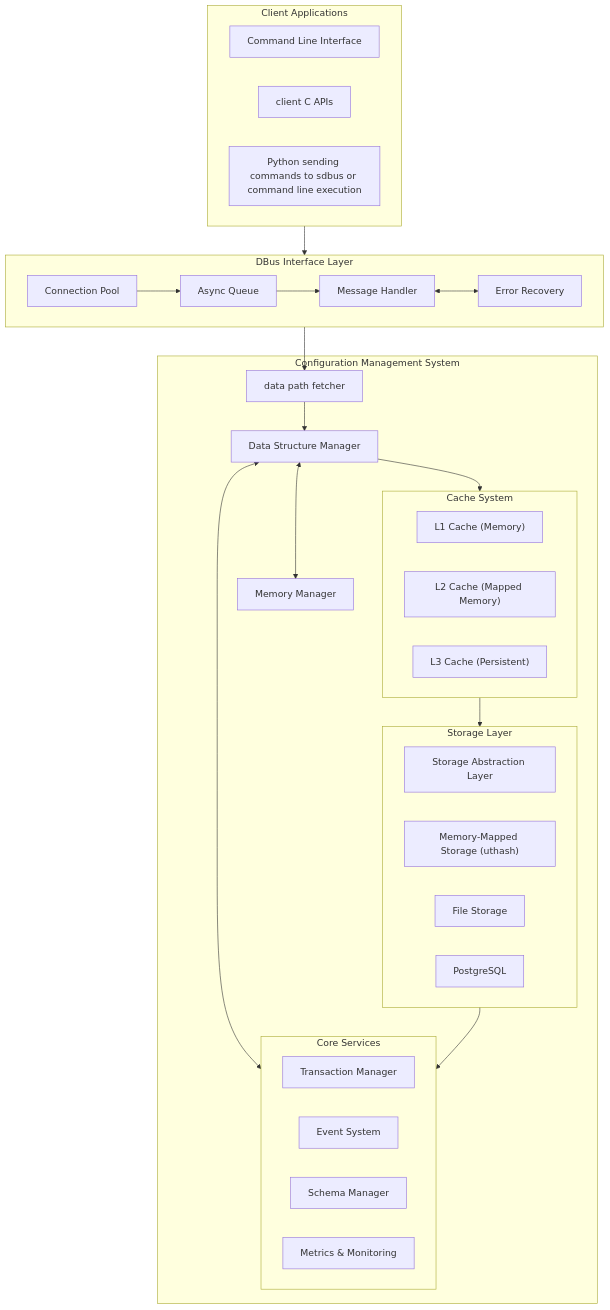
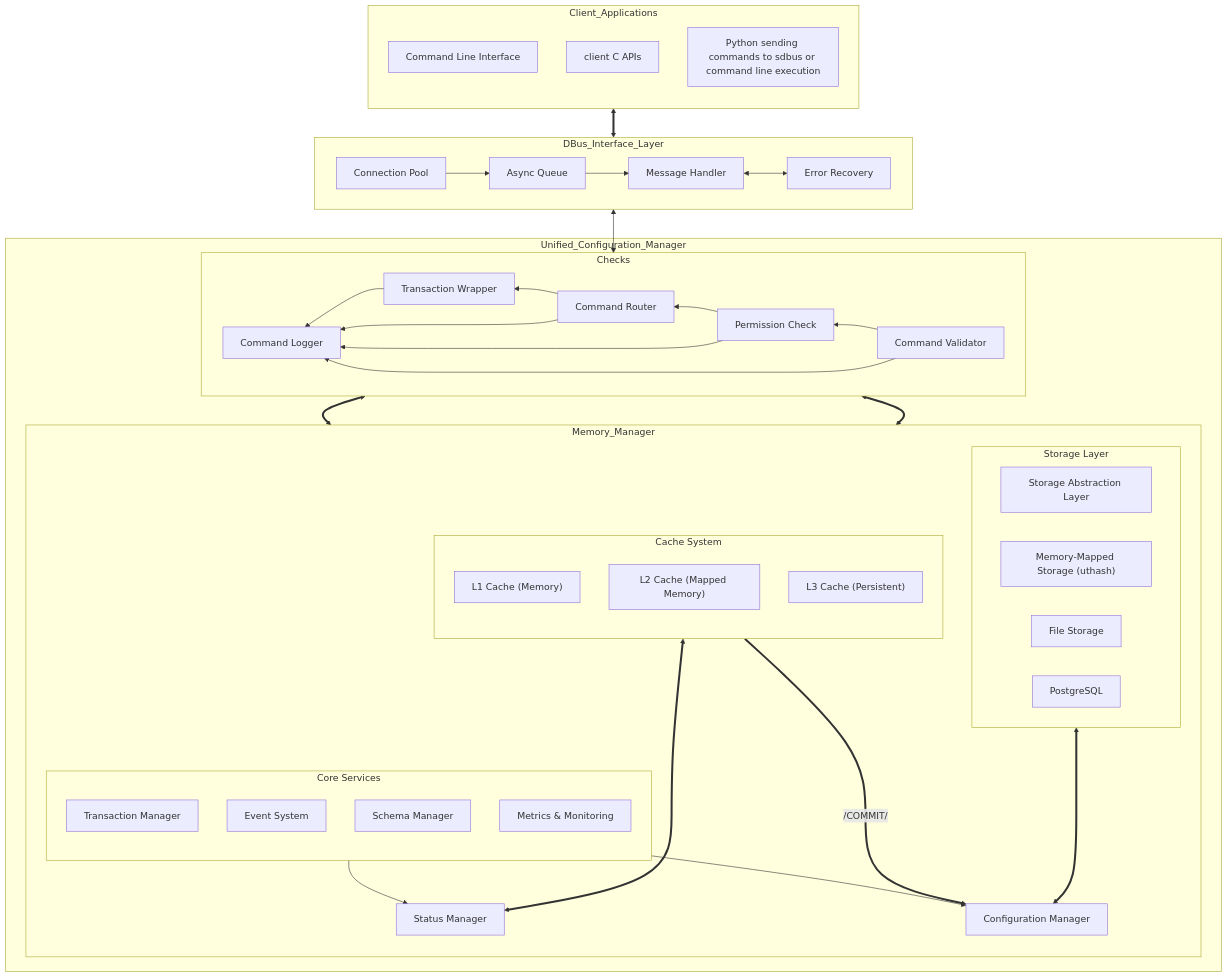
One commit to hazem3443/Mem_mgnt_interface changed the first of 7 diagrams in Docs/Design_Docs/HighLvl_Design.md. Above: the diagram before and after it, drawn with Mermaid.

Commit message:
Refactor High Level Design for Configuration Management System: Improve diagram structure and clarity in Client Applications and Unified Configuration Manager sections.

````diff
--- a/Docs/Design_Docs/HighLvl_Design.md
+++ b/Docs/Design_Docs/HighLvl_Design.md
@@ -5,51 +5,68 @@
 ```mermaid
 flowchart TB
-    subgraph Client["Client Applications"]
+    subgraph Client_Applications
+        direction BT
         CLI["Command Line Interface"]
         CAPI["client C APIs"]
         PyAPI["Python sending commands to sdbus or command line execution"]
-    end    subgraph DBUS["DBus Interface Layer"]
+    end 
+    subgraph DBus_Interface_Layer
         direction LR
-        CP["Connection Pool"]
-        AQ["Async Queue"]
-        MH["Message Handler"]
+        CP["Connection Pool"] -->
+        AQ["Async Queue"] -->
+        MH["Message Handler"] <-->
         ER["Error Recovery"]
     end
+    Client_Applications <==> DBus_Interface_Layer
+    MH <--> VAL
+    
 
-    subgraph CMS["Configuration Management System"]
+    subgraph Unified_Configuration_Manager
+        subgraph Checks
+            direction RL
+            VAL["Command Validator"] -->
+            PERM["Permission Check"] -->
+            ROUTE["Command Router"] -->
+            TRANS["Transaction Wrapper"] -->
+            LOG["Command Logger"]
+        end
+        VAL --> LOG
+        PERM --> LOG
+        ROUTE --> LOG
 
-        CMI["data path fetcher"]
-        DSM["Data Structure Manager"]
-        MM["Memory Manager"]
-        
-        subgraph Cache["Cache System"]
-            L1["L1 Cache (Memory)"]
-            L2["L2 Cache (Mapped Memory)"]
-            L3["L3 Cache (Persistent)"]
+        TRANS <==> DSM
+        TRANS <==> CFGM
+
+        subgraph Memory_Manager
+            direction TB
+            DSM["Status Manager"]
+            CFGM["Configuration Manager"]
+
+            subgraph Core["Core Services"]
+                direction TB
+                TX["Transaction Manager"]
+                EV["Event System"]
+                SM["Schema Manager"]
+                MT["Metrics & Monitoring"]
+            end
+            Core -->DSM
+            Core --> CFGM
+            subgraph Cache["Cache System"]
+                direction TB
+                L1["L1 Cache (Memory)"]
+                L2["L2 Cache (Mapped Memory)"]
+                L3["L3 Cache (Persistent)"]
+            end
+            Cache <===> DSM
+            Cache ==/COMMIT/==> CFGM
+
+            subgraph Storage["Storage Layer"]
+                SAL["Storage Abstraction Layer"]
+                MMS["Memory-Mapped Storage (uthash)"]
+                FS["File Storage"]
+                PG["PostgreSQL"]
+            end 
+            Storage <===> CFGM
         end
-        
-        subgraph Storage["Storage Layer"]
-            SAL["Storage Abstraction Layer"]
-            MMS["Memory-Mapped Storage (uthash)"]
-            FS["File Storage"]
-            PG["PostgreSQL"]
-        end
-        
-        subgraph Core["Core Services"]
-            TX["Transaction Manager"]
-            EV["Event System"]
-            SM["Schema Manager"]
-            MT["Metrics & Monitoring"]
-        end
-    end    Client --> CP
-    CP --> AQ
-    AQ --> MH
-    MH <--> ER
-    MH --> CMI
-    CMI --> DSM
-    DSM <--> MM
-    DSM --> Cache
-    Cache --> Storage
-    DSM <--> Core
-    Storage --> Core
+    end
 ```
````
